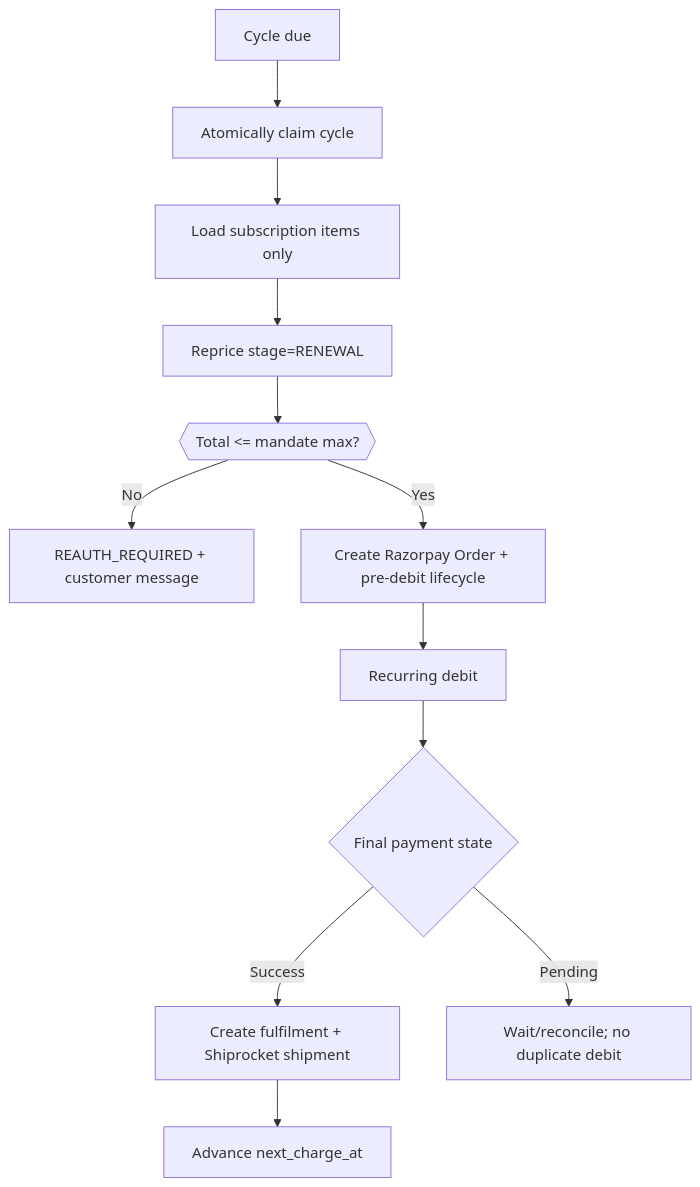
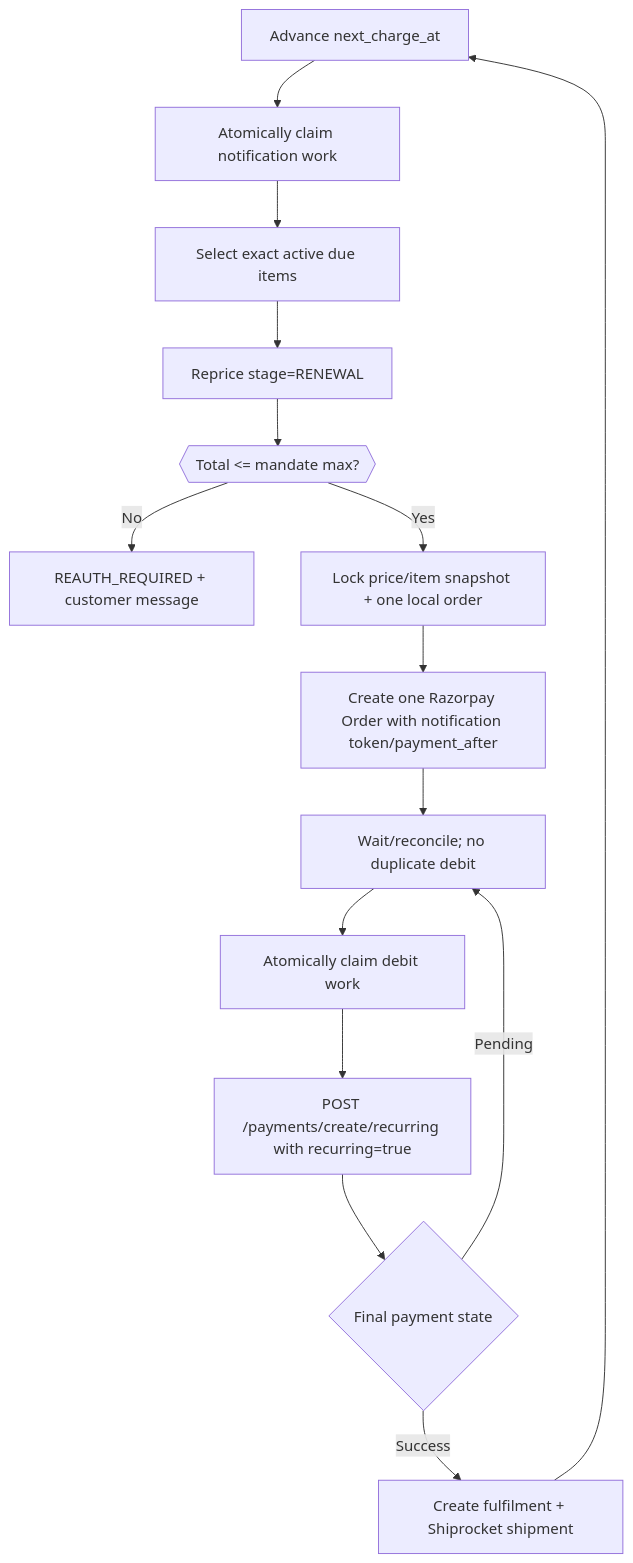
One commit to uppermostnaturery-coder/uppermost-dashboard-latest changed the fifth of 5 diagrams in docs/UPPERMOST_COMMERCE_ARCHITECTURE.md. Above: the diagram before and after it, drawn with Mermaid. The commit also changed other lines of this file and 28 other files, not shown here.

First line of the commit message:
feat: harden recurring payments

````diff
--- a/docs/UPPERMOST_COMMERCE_ARCHITECTURE.md
+++ b/docs/UPPERMOST_COMMERCE_ARCHITECTURE.md
@@ -251,14 +317,17 @@
 ```mermaid
 flowchart TD
-  D[Cycle due] --> L[Atomically claim cycle]
-  L --> C[Load subscription items only]
+  N[Notification due] --> NL[Atomically claim notification work]
+  NL --> C[Select exact active due items]
   C --> P[Reprice stage=RENEWAL]
   P --> M{{Total <= mandate max?}}
   M -->|No| R[REAUTH_REQUIRED + customer message]
-  M -->|Yes| O[Create Razorpay Order + pre-debit lifecycle]
-  O --> B[Recurring debit]
+  M -->|Yes| O[Lock price/item snapshot + one local order]
+  O --> RO[Create one Razorpay Order with notification token/payment_after]
+  RO --> W[NOTIFIED until scheduled_charge_at]
+  W --> DL[Atomically claim debit work]
+  DL --> B[POST /payments/create/recurring with recurring=true]
   B --> F{Final payment state}
   F -->|Success| S[Create fulfilment + Shiprocket shipment]
   F -->|Pending| W[Wait/reconcile; no duplicate debit]
   S --> N[Advance next_charge_at]
 ```
````
